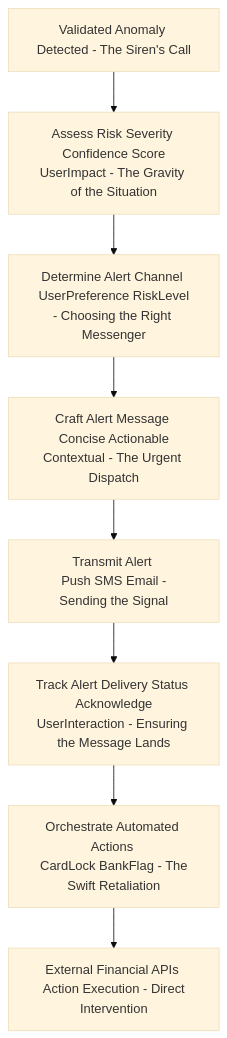
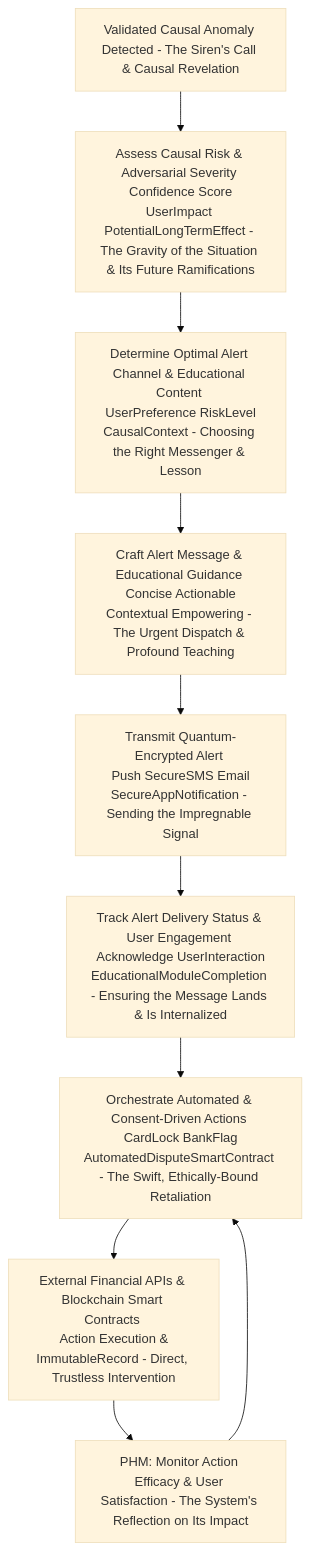
Before and after one commit to diplomat-bit/Citibank_Demo_Business_Inc_Demonstration-: the seventh of 11 diagrams in inventions/inventions/006_ai_subscription_detection/009_ai_financial_anomaly_detection.md, drawn with Mermaid (base theme). The commit also changed other lines of this file, not shown here.

Commit message:
[AI] Edit: inventions/inventions/006_ai_subscription_detection/009_ai_financial_anomaly_detection.md

````diff
--- a/inventions/inventions/006_ai_subscription_detection/009_ai_financial_anomaly_detection.md
+++ b/inventions/inventions/006_ai_subscription_detection/009_ai_financial_anomaly_detection.md
@@ -224,10 +258,12 @@
 ```mermaid
 graph TD
-    A[Validated Anomaly Detected - The Siren's Call] --> B[Assess Risk Severity <br/> Confidence Score UserImpact - The Gravity of the Situation]
-    B --> C[Determine Alert Channel <br/> UserPreference RiskLevel - Choosing the Right Messenger]
-    C --> D[Craft Alert Message <br/> Concise Actionable Contextual - The Urgent Dispatch]
-    D --> E[Transmit Alert <br/> Push SMS Email - Sending the Signal]
-    E --> F[Track Alert Delivery Status <br/> Acknowledge UserInteraction - Ensuring the Message Lands]
-    F --> G[Orchestrate Automated Actions <br/> CardLock BankFlag - The Swift Retaliation]
-    G --> H[External Financial APIs <br/> Action Execution - Direct Intervention]
+    A[Validated Causal Anomaly Detected - The Siren's Call & Causal Revelation] --> B[Assess Causal Risk & Adversarial Severity <br/> Confidence Score UserImpact PotentialLongTermEffect - The Gravity of the Situation & Its Future Ramifications]
+    B --> C[Determine Optimal Alert Channel & Educational Content <br/> UserPreference RiskLevel CausalContext - Choosing the Right Messenger & Lesson]
+    C --> D[Craft Alert Message & Educational Guidance <br/> Concise Actionable Contextual Empowering - The Urgent Dispatch & Profound Teaching]
+    D --> E[Transmit Quantum-Encrypted Alert <br/> Push SecureSMS Email SecureAppNotification - Sending the Impregnable Signal]
+    E --> F[Track Alert Delivery Status & User Engagement <br/> Acknowledge UserInteraction EducationalModuleCompletion - Ensuring the Message Lands & Is Internalized]
+    F --> G[Orchestrate Automated & Consent-Driven Actions <br/> CardLock BankFlag AutomatedDisputeSmartContract - The Swift, Ethically-Bound Retaliation]
+    G --> H[External Financial APIs & Blockchain Smart Contracts <br/> Action Execution & ImmutableRecord - Direct, Trustless Intervention]
+    H --> I[PHM: Monitor Action Efficacy & User Satisfaction - The System's Reflection on Its Impact]
+    I --> G
 ```
````
